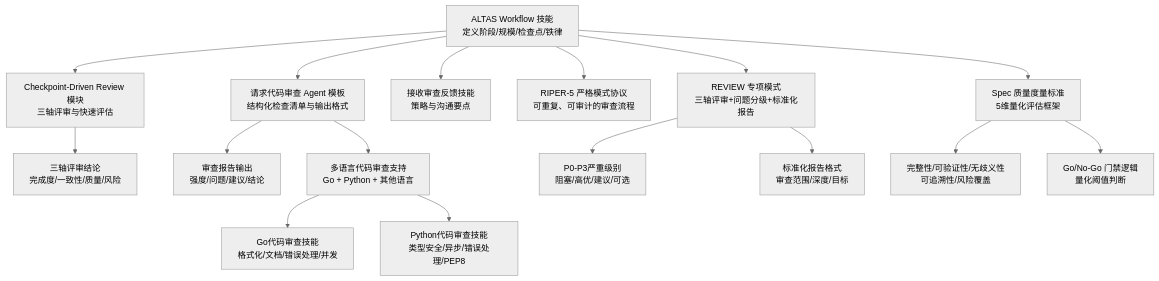
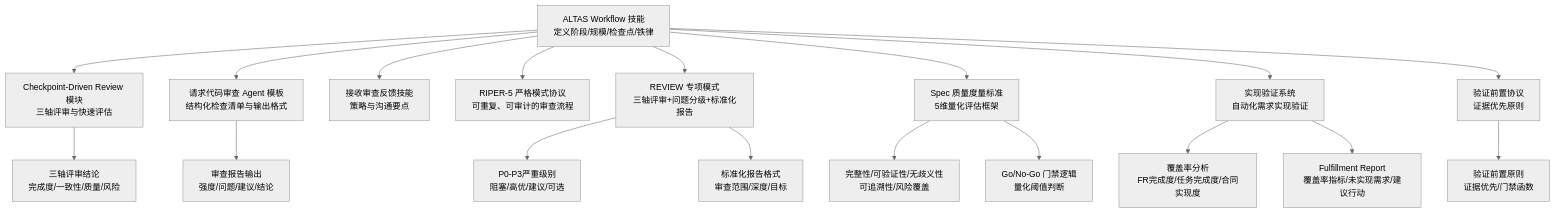
One commit to AngelWings1997/altas changed the first of 12 diagrams in .qoder/repowiki/zh/content/超级能力模块/代码审查流程/代码审查流程.md. Above: the diagram before and after it, drawn with Mermaid (neutral theme). The commit also changed other lines of this file and 14 other files, not shown here.

````diff
--- a/.qoder/repowiki/zh/content/超级能力模块/代码审查流程/代码审查流程.md
+++ b/.qoder/repowiki/zh/content/超级能力模块/代码审查流程/代码审查流程.md
@@ -68,18 +76,20 @@
 ```mermaid
 graph TB
 A["ALTAS Workflow 技能<br/>定义阶段/规模/检查点/铁律"] --> B["Checkpoint-Driven Review 模块<br/>三轴评审与快速评估"]
 A --> C["请求代码审查 Agent 模板<br/>结构化检查清单与输出格式"]
 A --> D["接收审查反馈技能<br/>策略与沟通要点"]
 A --> E["RIPER-5 严格模式协议<br/>可重复、可审计的审查流程"]
 A --> F["REVIEW 专项模式<br/>三轴评审+问题分级+标准化报告"]
 A --> G["Spec 质量度量标准<br/>5维量化评估框架"]
-C --> H["审查报告输出<br/>强度/问题/建议/结论"]
-B --> I["三轴评审结论<br/>完成度/一致性/质量/风险"]
-F --> J["P0-P3严重级别<br/>阻塞/高优/建议/可选"]
-F --> K["标准化报告格式<br/>审查范围/深度/目标"]
-G --> L["完整性/可验证性/无歧义性<br/>可追溯性/风险覆盖"]
-G --> M["Go/No-Go 门禁逻辑<br/>量化阈值判断"]
-C --> N["多语言代码审查支持<br/>Go + Python + 其他语言"]
-N --> O["Go代码审查技能<br/>格式化/文档/错误处理/并发"]
-N --> P["Python代码审查技能<br/>类型安全/异步/错误处理/PEP8"]
+A --> H["实现验证系统<br/>自动化需求实现验证"]
+A --> I["验证前置协议<br/>证据优先原则"]
+C --> J["审查报告输出<br/>强度/问题/建议/结论"]
+B --> K["三轴评审结论<br/>完成度/一致性/质量/风险"]
+F --> L["P0-P3严重级别<br/>阻塞/高优/建议/可选"]
+F --> M["标准化报告格式<br/>审查范围/深度/目标"]
+G --> N["完整性/可验证性/无歧义性<br/>可追溯性/风险覆盖"]
+G --> O["Go/No-Go 门禁逻辑<br/>量化阈值判断"]
+H --> P["覆盖率分析<br/>FR完成度/任务完成度/合同实现度"]
+H --> Q["Fulfillment Report<br/>覆盖率指标/未实现需求/建议行动"]
+I --> R["验证前置原则<br/>证据优先/门禁函数"]
 ```
````
